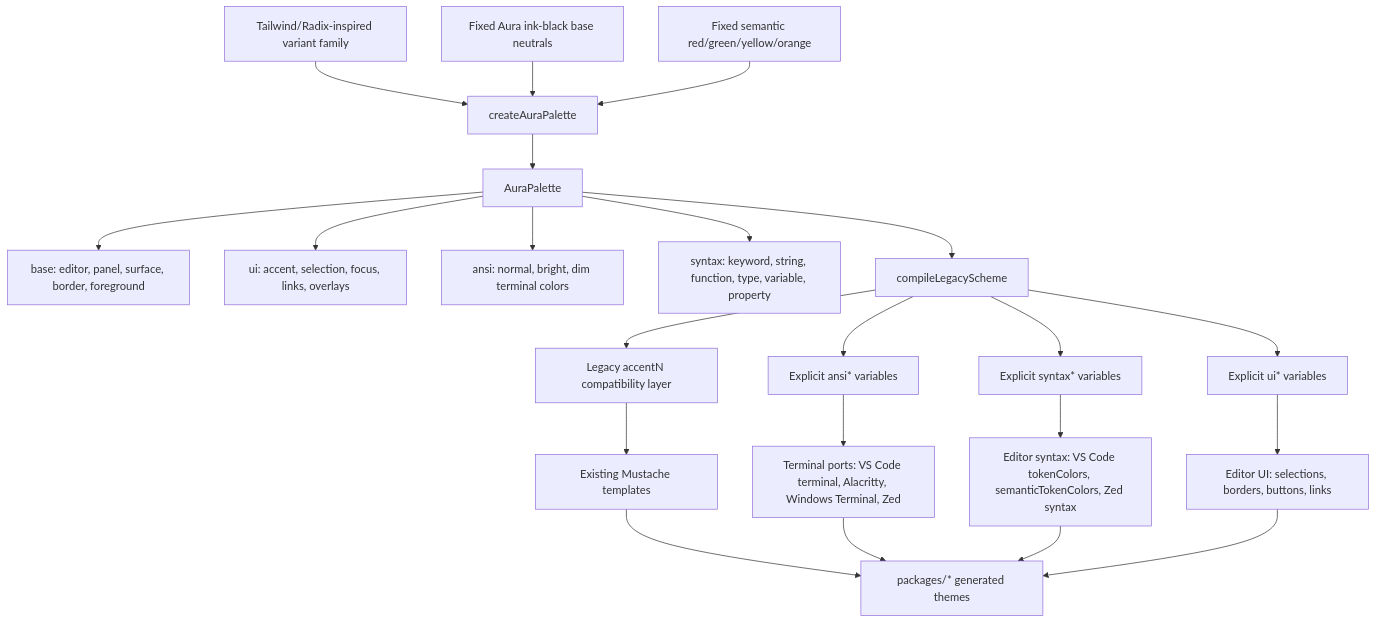
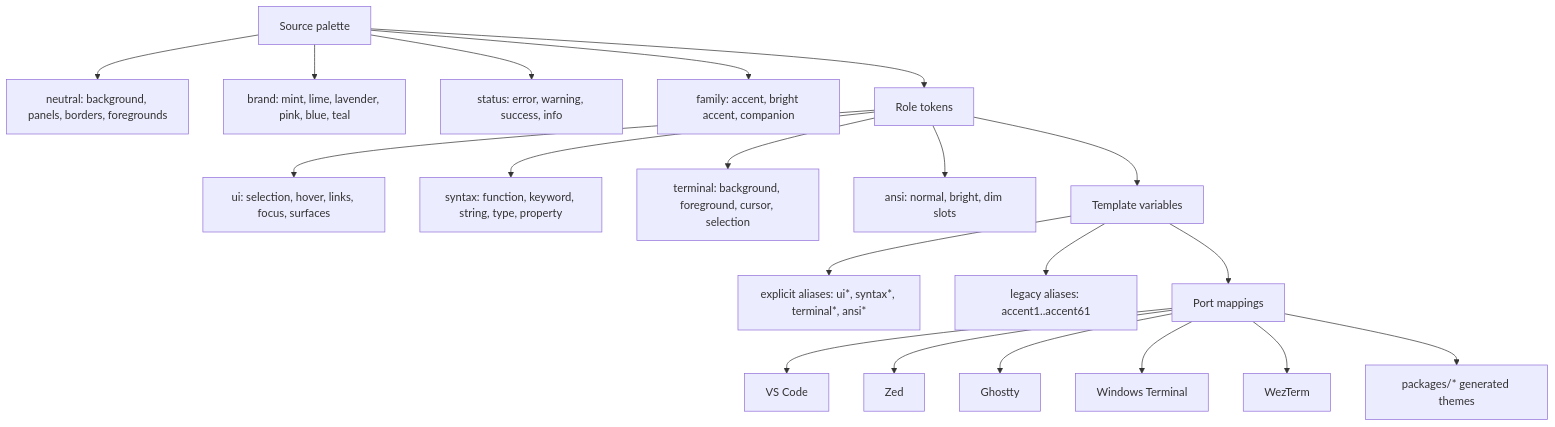
The diagram in docs/COLOR_ARCHITECTURE.md (yukiumi13/aura-theme-2026), drawn with Mermaid before and after one commit. The commit also changed other lines of this file and 391 other files, not shown here.

Commit message:
refactor: reorganize color architecture for 0.3.0

````diff
--- a/docs/COLOR_ARCHITECTURE.md
+++ b/docs/COLOR_ARCHITECTURE.md
@@ -9,29 +7,27 @@
 ```mermaid
 flowchart TD
-  A[Tailwind/Radix-inspired variant family] --> B[createAuraPalette]
-  C[Fixed Aura ink-black base neutrals] --> B
-  D[Fixed semantic red/green/yellow/orange] --> B
+  A[Source palette] --> A1[neutral: background, panels, borders, foregrounds]
+  A --> A2[brand: mint, lime, lavender, pink, blue, teal]
+  A --> A3[status: error, warning, success, info]
+  A --> A4[family: accent, bright accent, companion]
 
-  B --> E[AuraPalette]
+  A --> B[Role tokens]
 
-  E --> E1[base: editor, panel, surface, border, foreground]
-  E --> E2[ui: accent, selection, focus, links, overlays]
-  E --> E3[ansi: normal, bright, dim terminal colors]
-  E --> E4[syntax: keyword, string, function, type, variable, property]
+  B --> B1[ui: selection, hover, links, focus, surfaces]
+  B --> B2[syntax: function, keyword, string, type, property]
+  B --> B3[terminal: background, foreground, cursor, selection]
+  B --> B4[ansi: normal, bright, dim slots]
 
-  E --> F[compileLegacyScheme]
-  F --> G[Legacy accentN compatibility layer]
-  F --> H[Explicit ansi* variables]
-  F --> I[Explicit syntax* variables]
-  F --> J[Explicit ui* variables]
+  B --> C[Template variables]
+  C --> C1[explicit aliases: ui*, syntax*, terminal*, ansi*]
+  C --> C2[legacy aliases: accent1..accent61]
 
-  G --> K[Existing Mustache templates]
-  H --> L[Terminal ports: VS Code terminal, Alacritty, Windows Terminal, Zed]
-  I --> M[Editor syntax: VS Code tokenColors, semanticTokenColors, Zed syntax]
-  J --> N[Editor UI: selections, borders, buttons, links]
+  C --> D[Port mappings]
+  D --> D1[VS Code]
+  D --> D2[Zed]
+  D --> D3[Ghostty]
+  D --> D4[Windows Terminal]
+  D --> D5[WezTerm]
 
-  K --> O[packages/* generated themes]
-  L --> O
-  M --> O
-  N --> O
+  D --> E[packages/* generated themes]
 ```
````
